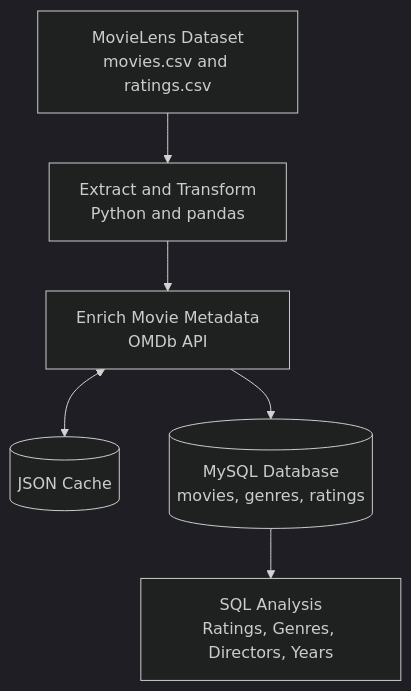
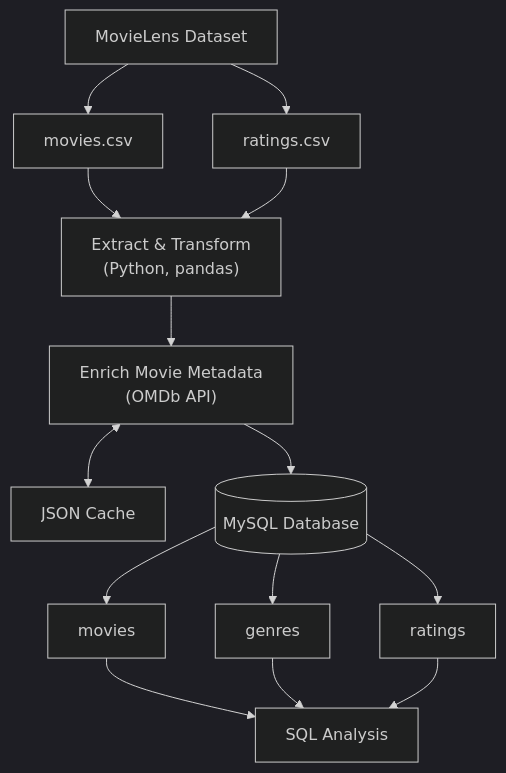
The diagram in README.md (arshiyaazmi/movie-data-etl-pipeline), drawn with Mermaid (dark theme) before and after one commit. The commit also changed other lines of this file, not shown here.

Commit message:
Revise README with enhanced project details
Updated the README to include additional details about the MovieLens ETL pipeline, including workflow, technologies, setup instructions, and future improvements.

````diff
--- a/README.md
+++ b/README.md
@@ -20,15 +20,21 @@
 ```mermaid
 flowchart TD
-    A["MovieLens Dataset<br/>movies.csv and ratings.csv"]
-    B["Extract and Transform<br/>Python and pandas"]
-    C["Enrich Movie Metadata<br/>OMDb API"]
-    D[("JSON Cache")]
-    E[("MySQL Database<br/>movies, genres, ratings")]
-    F["SQL Analysis<br/>Ratings, Genres, Directors, Years"]
+    A["MovieLens Dataset"]
+    A --> B["movies.csv"]
+    A --> C["ratings.csv"]
 
-    A --> B
-    B --> C
-    C <--> D
-    C --> E
-    E --> F
+    B --> D["Extract & Transform<br/>(Python, pandas)"]
+    C --> D
+
+    D --> E["Enrich Movie Metadata<br/>(OMDb API)"]
+    E <--> F["JSON Cache"]
+
+    E --> G[("MySQL Database")]
+    G --> H["movies"]
+    G --> I["genres"]
+    G --> J["ratings"]
+
+    H --> K["SQL Analysis"]
+    I --> K
+    J --> K
 ```
````
